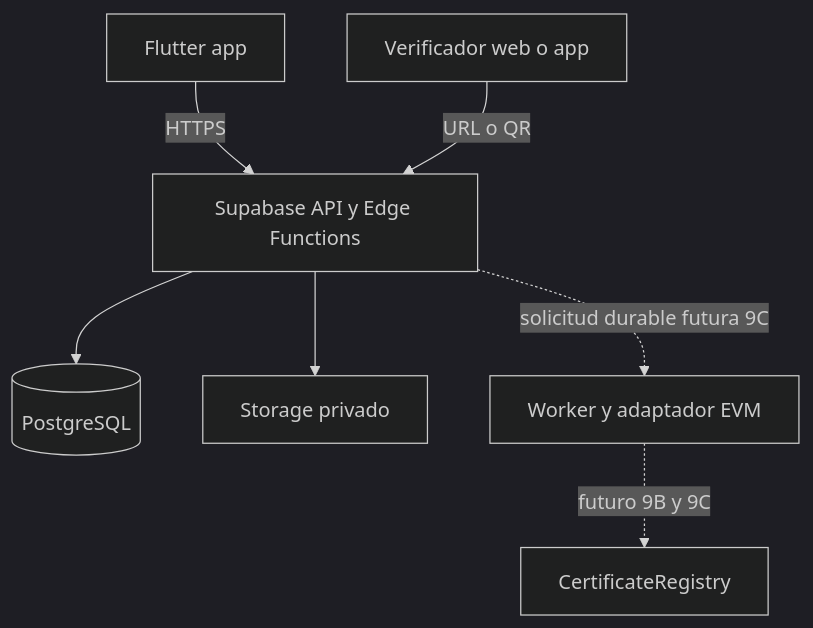
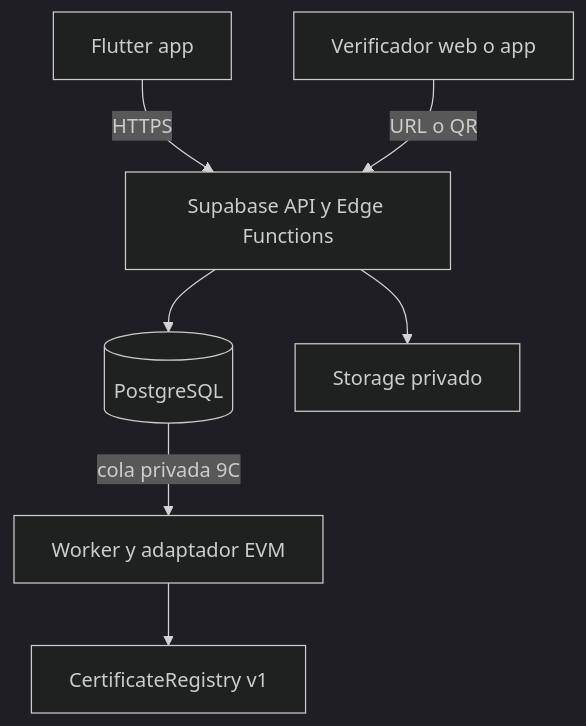
The diagram in docs/ARCHITECTURE.md (benjvm/certichain), drawn with Mermaid (dark theme) before and after one commit. The commit also changed other lines of this file and 37 other files, not shown here.

````diff
--- a/docs/ARCHITECTURE.md
+++ b/docs/ARCHITECTURE.md
@@ -12,9 +12,9 @@
 ```mermaid
 flowchart TD
     A[Flutter app] -->|HTTPS| B[Supabase API y Edge Functions]
     B --> C[(PostgreSQL)]
     B --> D[Storage privado]
-    B -. solicitud durable futura 9C .-> E[Worker y adaptador EVM]
-    E -. futuro 9B y 9C .-> F[CertificateRegistry]
+    C -->|cola privada 9C| E[Worker y adaptador EVM]
+    E --> F[CertificateRegistry v1]
     G[Verificador web o app] -->|URL o QR| B
 ```
````
